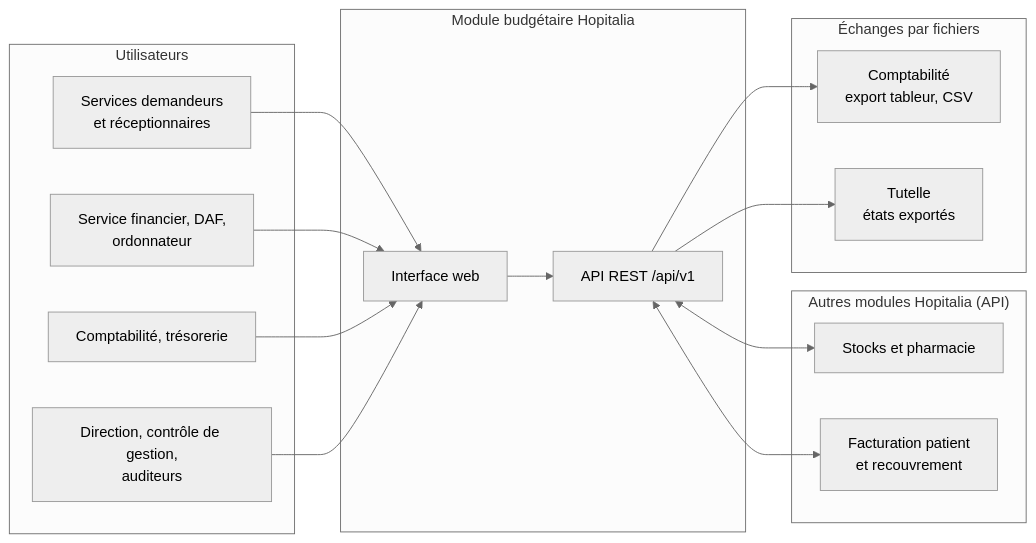
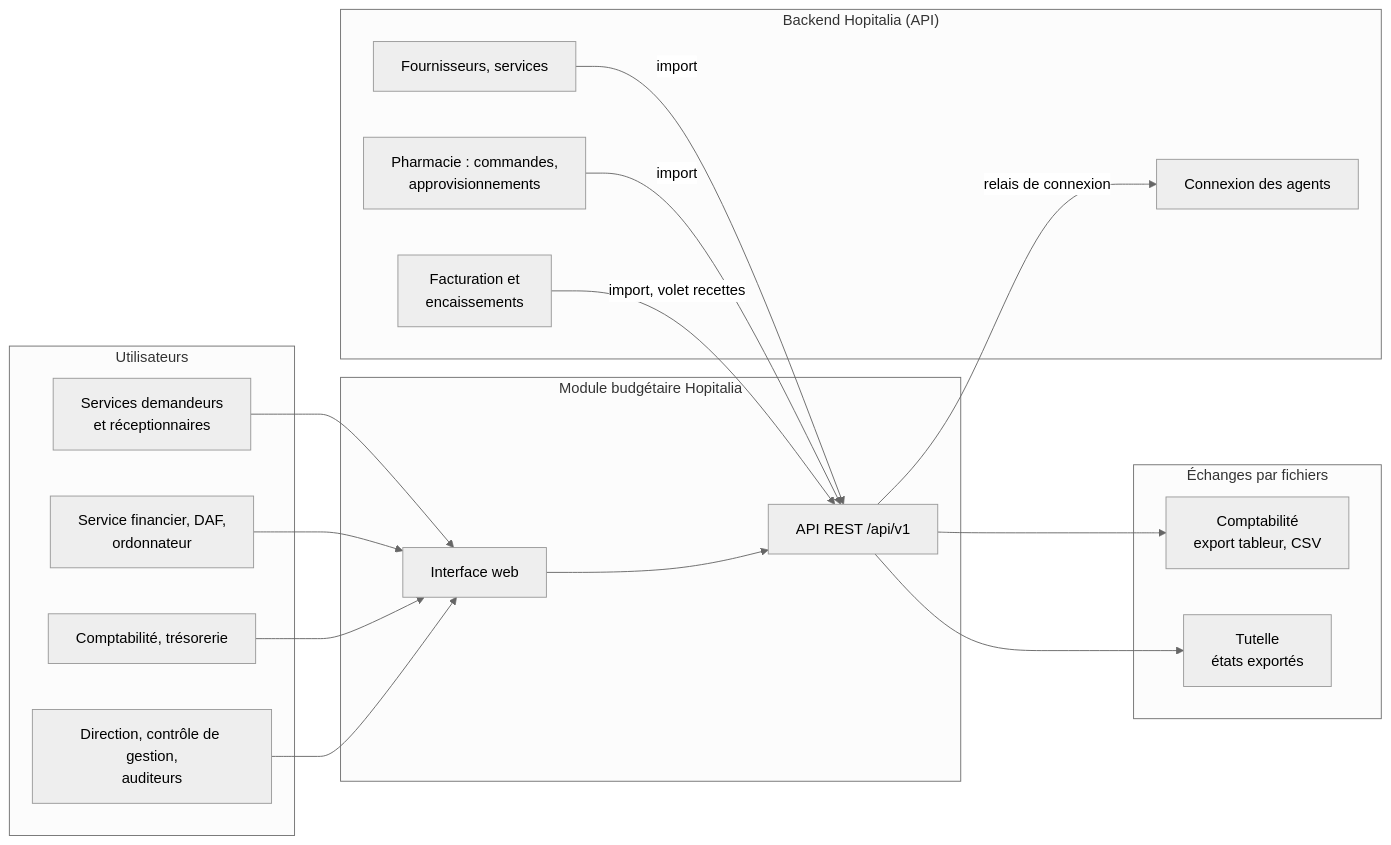
The first of 17 diagrams in Backend/Cahier_des_charges_Module_Budgetaire_Hopitalia_V3.md (LordPhenixDeNetra/hopitalia-budget), drawn with Mermaid (neutral theme) before and after one commit. The commit also changed other lines of this file and 1 other file, not shown here.

First line of the commit message:
docs(spec): reuse Hopitalia login and import reference data and pharmacy purchases

````diff
--- a/Backend/Cahier_des_charges_Module_Budgetaire_Hopitalia_V3.md
+++ b/Backend/Cahier_des_charges_Module_Budgetaire_Hopitalia_V3.md
@@ -81,27 +82,31 @@
 ```mermaid
 flowchart LR
   subgraph Utilisateurs
     U1["Services demandeurs<br/>et réceptionnaires"]
     U2["Service financier, DAF,<br/>ordonnateur"]
     U3["Comptabilité, trésorerie"]
     U4["Direction, contrôle de gestion,<br/>auditeurs"]
   end
   subgraph Module["Module budgétaire Hopitalia"]
     UI["Interface web"]
     API["API REST /api/v1"]
     UI --> API
   end
-  subgraph Hopitalia["Autres modules Hopitalia (API)"]
-    STK["Stocks et pharmacie"]
-    FAC["Facturation patient<br/>et recouvrement"]
+  subgraph Hopitalia["Backend Hopitalia (API)"]
+    AUTH["Connexion des agents"]
+    REF["Fournisseurs, services"]
+    PHA["Pharmacie : commandes,<br/>approvisionnements"]
+    FAC["Facturation et<br/>encaissements"]
   end
   subgraph Fichiers["Échanges par fichiers"]
     CPT["Comptabilité<br/>export tableur, CSV"]
     INST["Tutelle<br/>états exportés"]
   end
   U1 & U2 & U3 & U4 --> UI
-  API <--> STK
-  API <--> FAC
+  API -->|relais de connexion| AUTH
+  REF -->|import| API
+  PHA -->|import| API
+  FAC -->|import, volet recettes| API
   API --> CPT
   API --> INST
 ```
````
